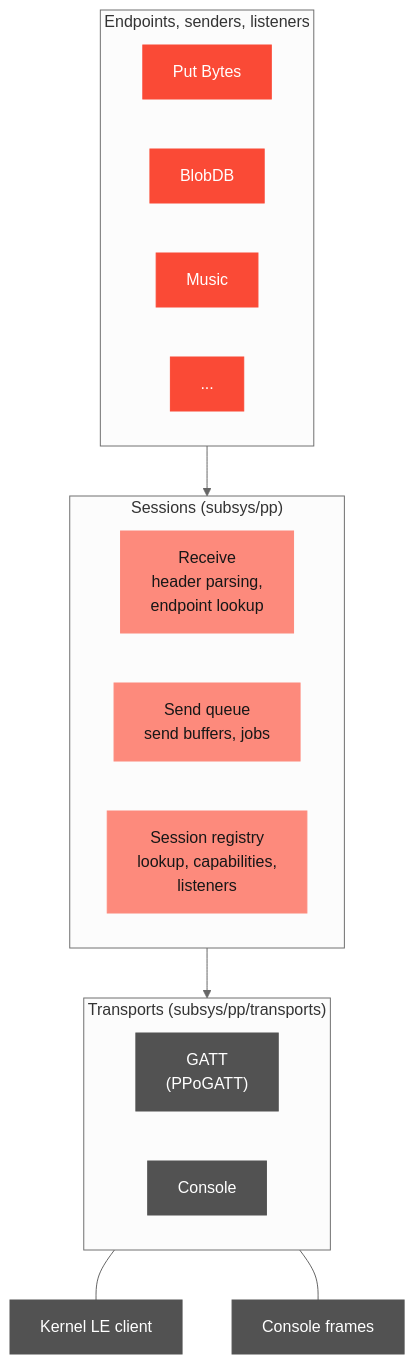
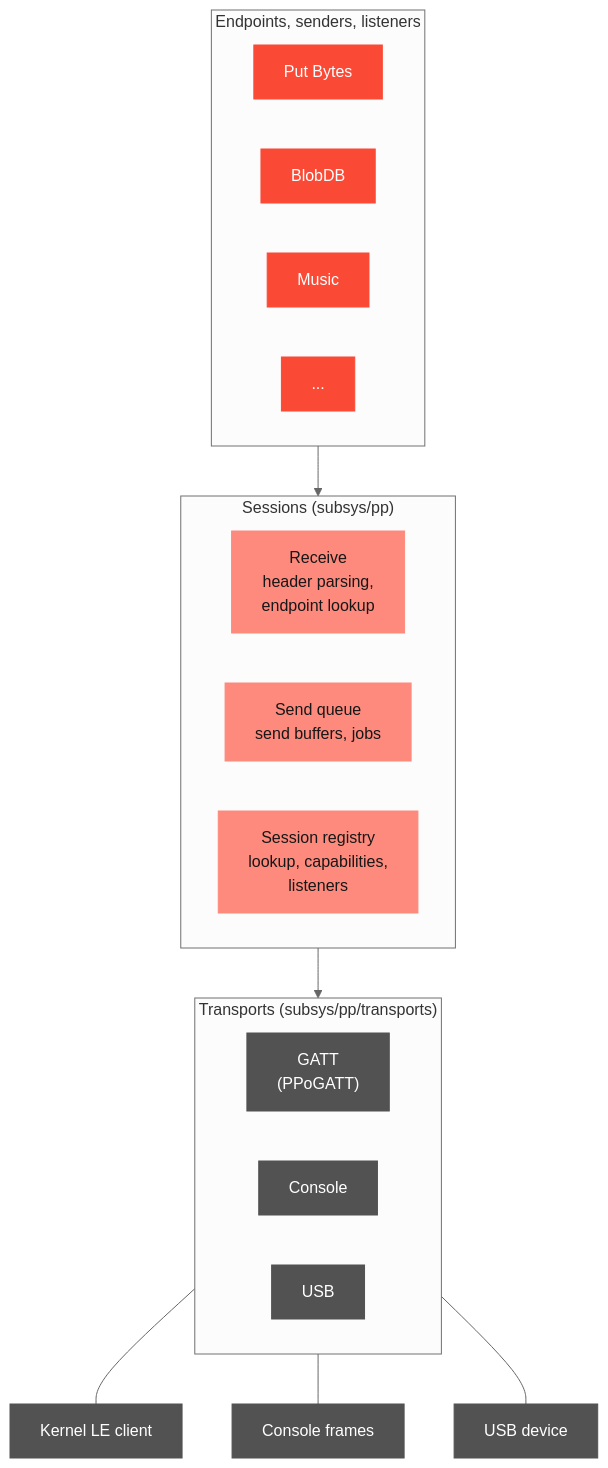
Before and after one commit to coredevices/PebbleOS: the first of 4 diagrams in docs/subsystems/pp/index.md, drawn with Mermaid (neutral theme). The commit also changed other lines of this file and 6 other files, not shown here.

````diff
--- a/docs/subsystems/pp/index.md
+++ b/docs/subsystems/pp/index.md
@@ -36,32 +36,34 @@
 ```{mermaid}
 flowchart TB
   subgraph users["Endpoints, senders, listeners"]
     direction LR
     pb["Put Bytes"]
     blob["BlobDB"]
     music["Music"]
     more["..."]
   end
   subgraph core["Sessions (subsys/pp)"]
     direction LR
     rx["Receive<br/>header parsing,<br/>endpoint lookup"]
     tx["Send queue<br/>send buffers, jobs"]
     sess["Session registry<br/>lookup, capabilities,<br/>listeners"]
   end
   subgraph transports["Transports (subsys/pp/transports)"]
     direction LR
     gatt["GATT<br/>(PPoGATT)"]
     console["Console"]
+    usb["USB"]
   end
   users --> core
   core --> transports
   gatt --- ble["Kernel LE client"]
   console --- cons["Console frames"]
+  usb --- usbd["USB device"]
 
   classDef app fill:#fa4a36,stroke:#fa4a36,color:#ffffff
   classDef system fill:#fd8a7c,stroke:#fd8a7c,color:#171717
   classDef base fill:#525252,stroke:#525252,color:#ffffff
   class pb,blob,music,more app
   class rx,tx,sess system
-  class gatt,console,ble,cons base
+  class gatt,console,usb,ble,cons,usbd base
 ```
````
